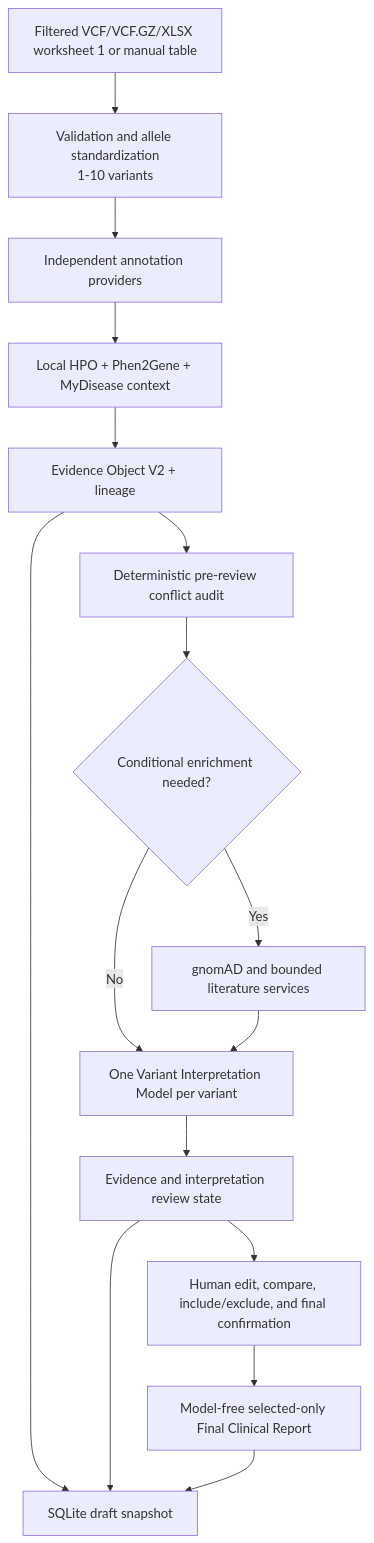
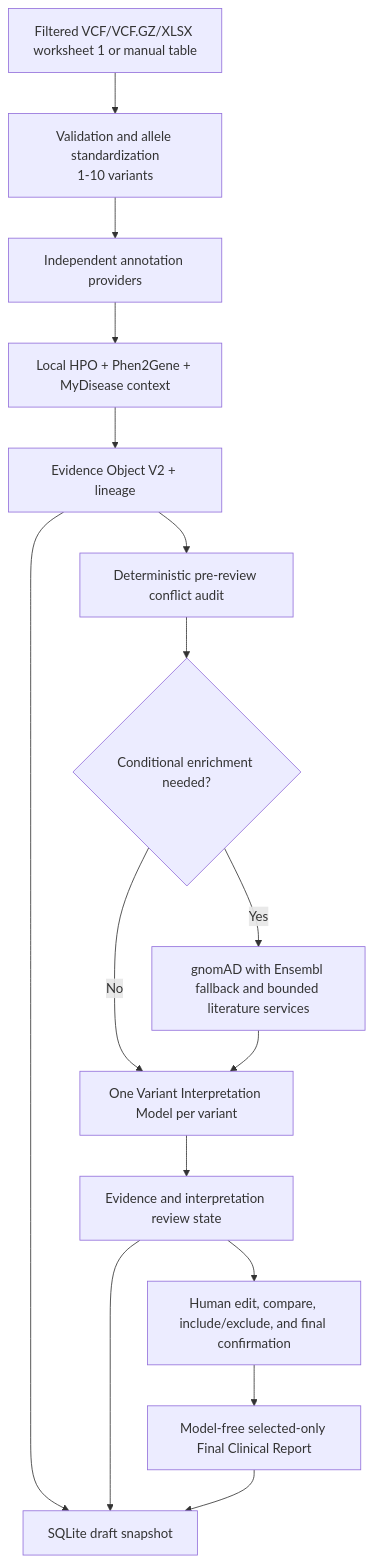
The second of 2 diagrams in docs/PROJECT_DECLARATION.md (parhamKIY/CLINCAL_VARIANT_WEB_APPLICATION), drawn with Mermaid before and after one commit. The commit also changed other lines of this file and 4 other files, not shown here.

Commit message:
Implement Stage 66 gnomAD Ensembl fallback

````diff
--- a/docs/PROJECT_DECLARATION.md
+++ b/docs/PROJECT_DECLARATION.md
@@ -371,18 +373,18 @@
 ```mermaid
 flowchart TD
     U["Filtered VCF/VCF.GZ/XLSX worksheet 1 or manual table"] --> V["Validation and allele standardization<br/>1-10 variants"]
     V --> A["Independent annotation providers"]
     A --> P["Local HPO + Phen2Gene + MyDisease context"]
     P --> E["Evidence Object V2 + lineage"]
     E --> C1["Deterministic pre-review conflict audit"]
     C1 --> CE{"Conditional enrichment needed?"}
-    CE -- Yes --> X["gnomAD and bounded literature services"]
+    CE -- Yes --> X["gnomAD with Ensembl fallback and bounded literature services"]
     CE -- No --> VI
     X --> VI["One Variant Interpretation Model per variant"]
     VI --> D["Evidence and interpretation review state"]
     D --> H["Human edit, compare, include/exclude, and final confirmation"]
     H --> F["Model-free selected-only Final Clinical Report"]
     E --> DB["SQLite draft snapshot"]
     D --> DB
     F --> DB
 ```
````
